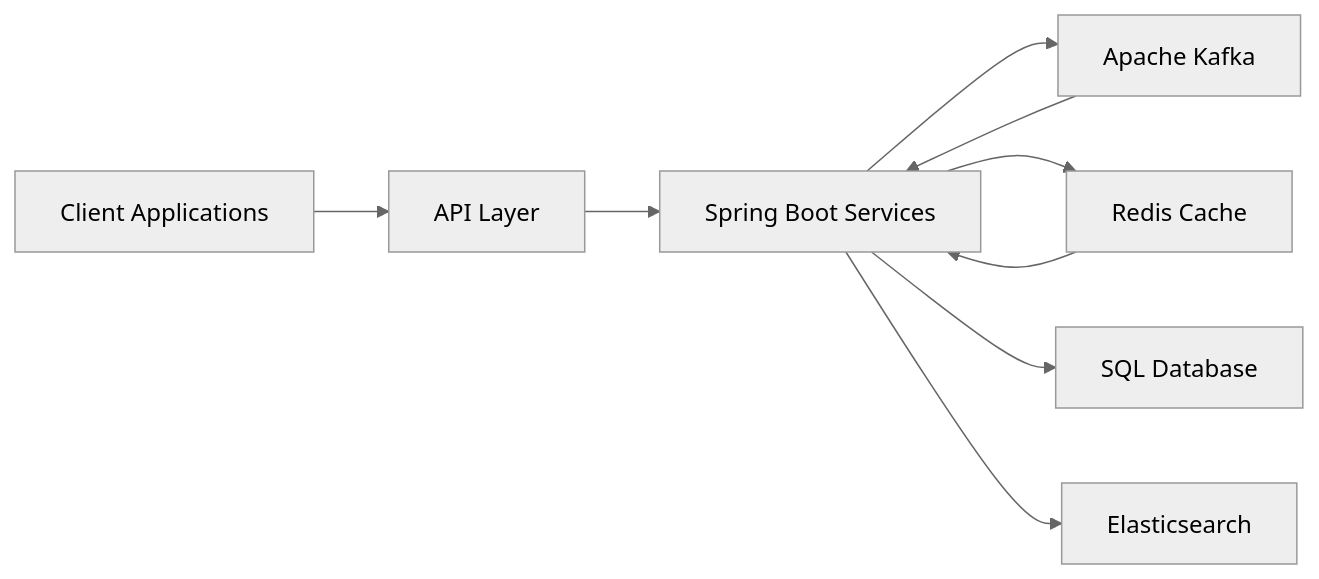
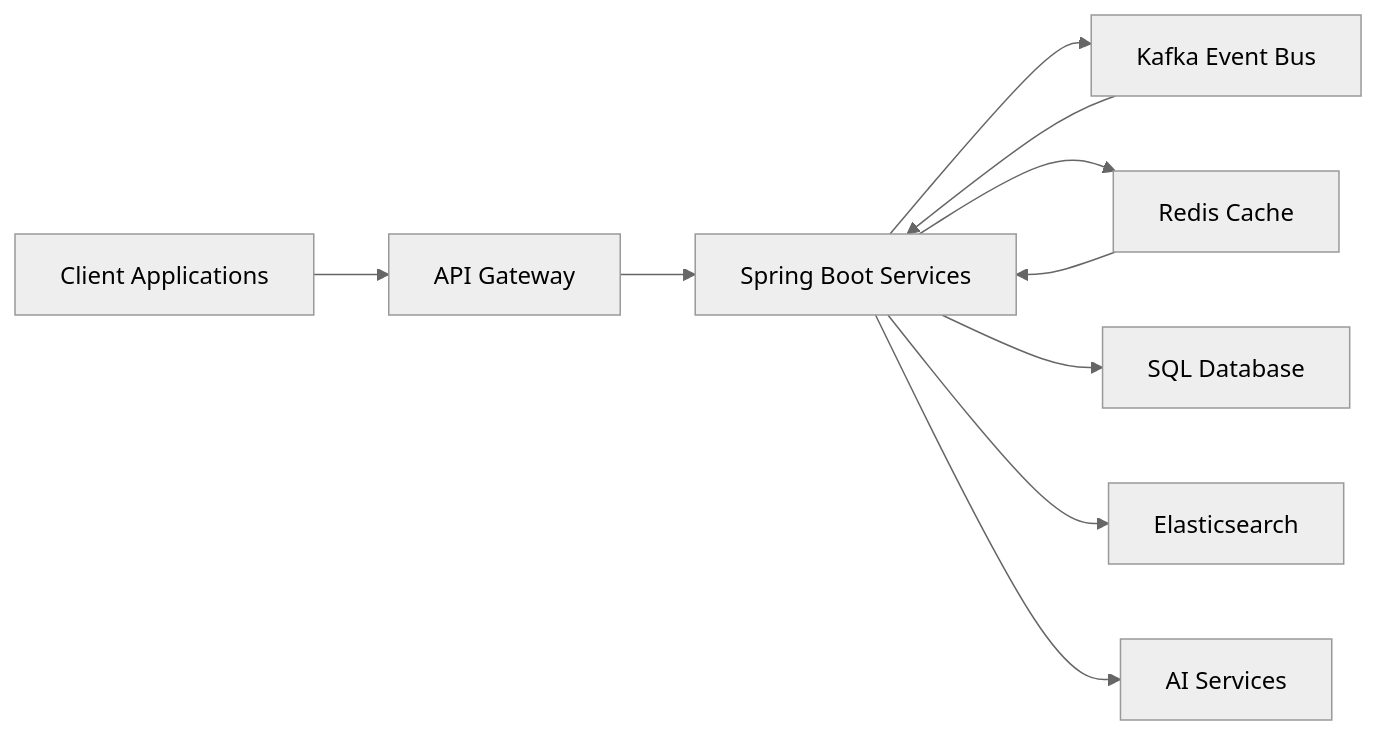
One commit to Karansingh1999/Karansingh1999 changed the diagram in README.md. Above: the diagram before and after it, drawn with Mermaid (neutral theme). The commit also changed other lines of this file, not shown here.

````diff
--- a/README.md
+++ b/README.md
@@ -145,33 +179,37 @@
 ```mermaid
 flowchart LR
 
 Client["Client Applications"]
 
-Gateway["API Layer"]
+Gateway["API Gateway"]
 
-Service["Spring Boot Services"]
+Backend["Spring Boot Services"]
 
-Kafka["Apache Kafka"]
+Kafka["Kafka Event Bus"]
 
 Redis["Redis Cache"]
 
 SQL["SQL Database"]
 
 Elastic["Elasticsearch"]
 
+AI["AI Services"]
+
 Client --> Gateway
 
-Gateway --> Service
+Gateway --> Backend
 
-Service --> Kafka
+Backend --> Kafka
 
-Service --> Redis
+Backend --> Redis
 
-Service --> SQL
+Backend --> SQL
 
-Service --> Elastic
+Backend --> Elastic
 
-Kafka --> Service
+Backend --> AI
 
-Redis --> Service
+Kafka --> Backend
+
+Redis --> Backend
 ```
````
